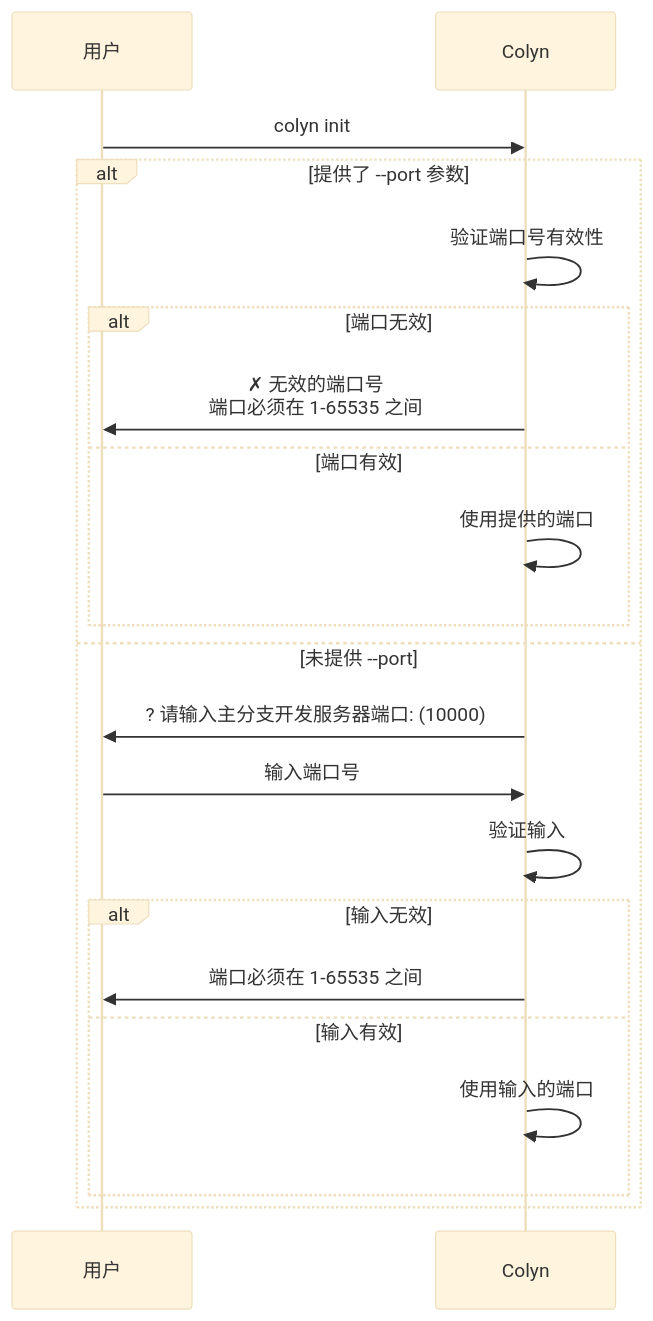
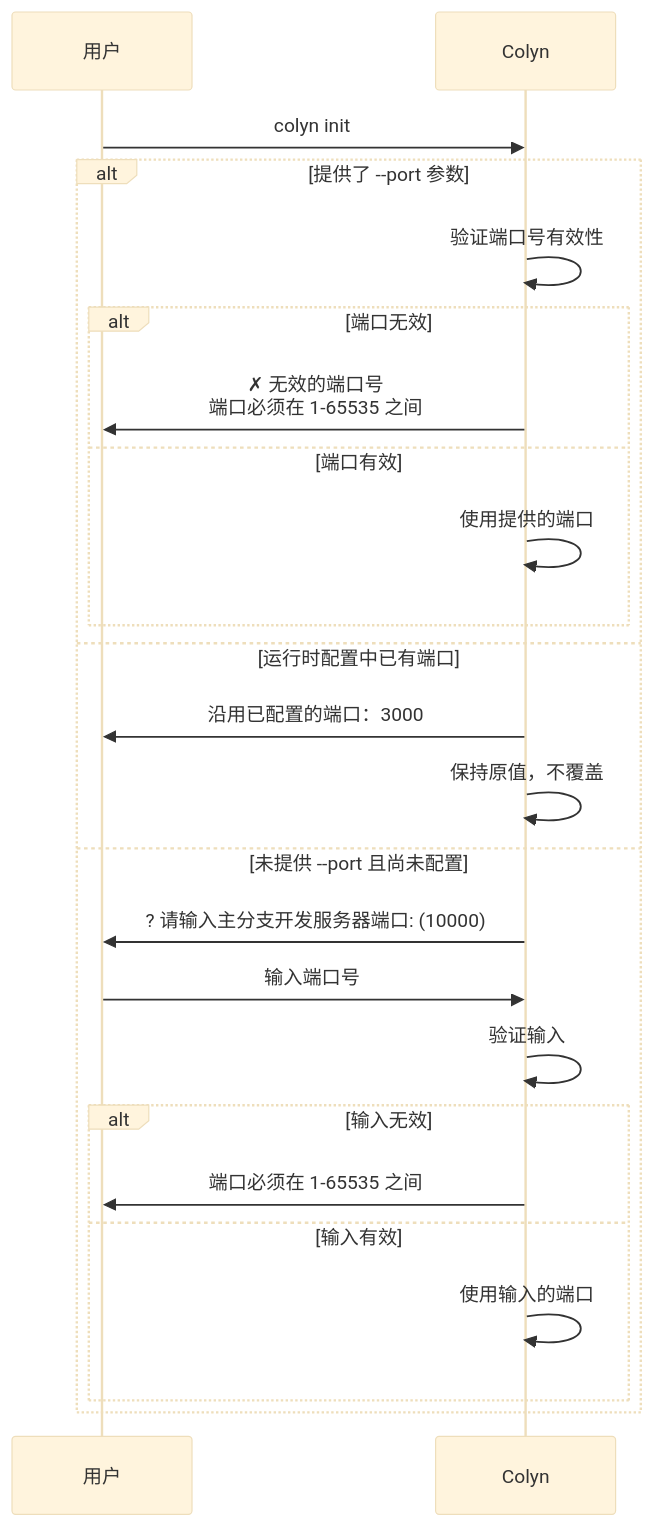
The second of 6 diagrams in docs/zh-CN/develop/design/commands/design-init-command.md (colin-han/colyn), drawn with Mermaid (base theme) before and after one commit. The commit also changed other lines of this file and 18 other files, not shown here.

````diff
--- a/docs/zh-CN/develop/design/commands/design-init-command.md
+++ b/docs/zh-CN/develop/design/commands/design-init-command.md
@@ -266,25 +280,28 @@
 ```mermaid
 sequenceDiagram
     participant U as 用户
     participant C as Colyn
 
     U->>C: colyn init
 
     alt 提供了 --port 参数
         C->>C: 验证端口号有效性
         alt 端口无效
             C->>U: ✗ 无效的端口号<br/>端口必须在 1-65535 之间
         else 端口有效
             C->>C: 使用提供的端口
         end
-    else 未提供 --port
+    else 运行时配置中已有端口
+        C->>U: 沿用已配置的端口：3000
+        C->>C: 保持原值，不覆盖
+    else 未提供 --port 且尚未配置
         C->>U: ? 请输入主分支开发服务器端口: (10000)
         U->>C: 输入端口号
         C->>C: 验证输入
         alt 输入无效
             C->>U: 端口必须在 1-65535 之间
         else 输入有效
             C->>C: 使用输入的端口
         end
     end
 ```
````
